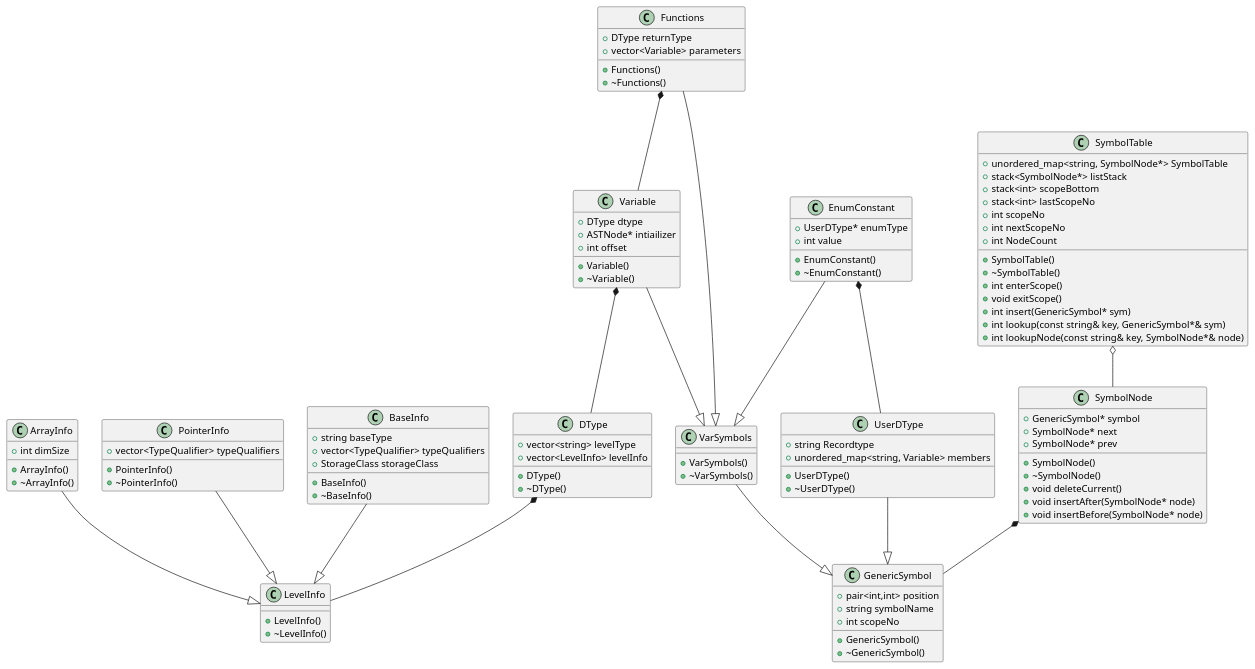
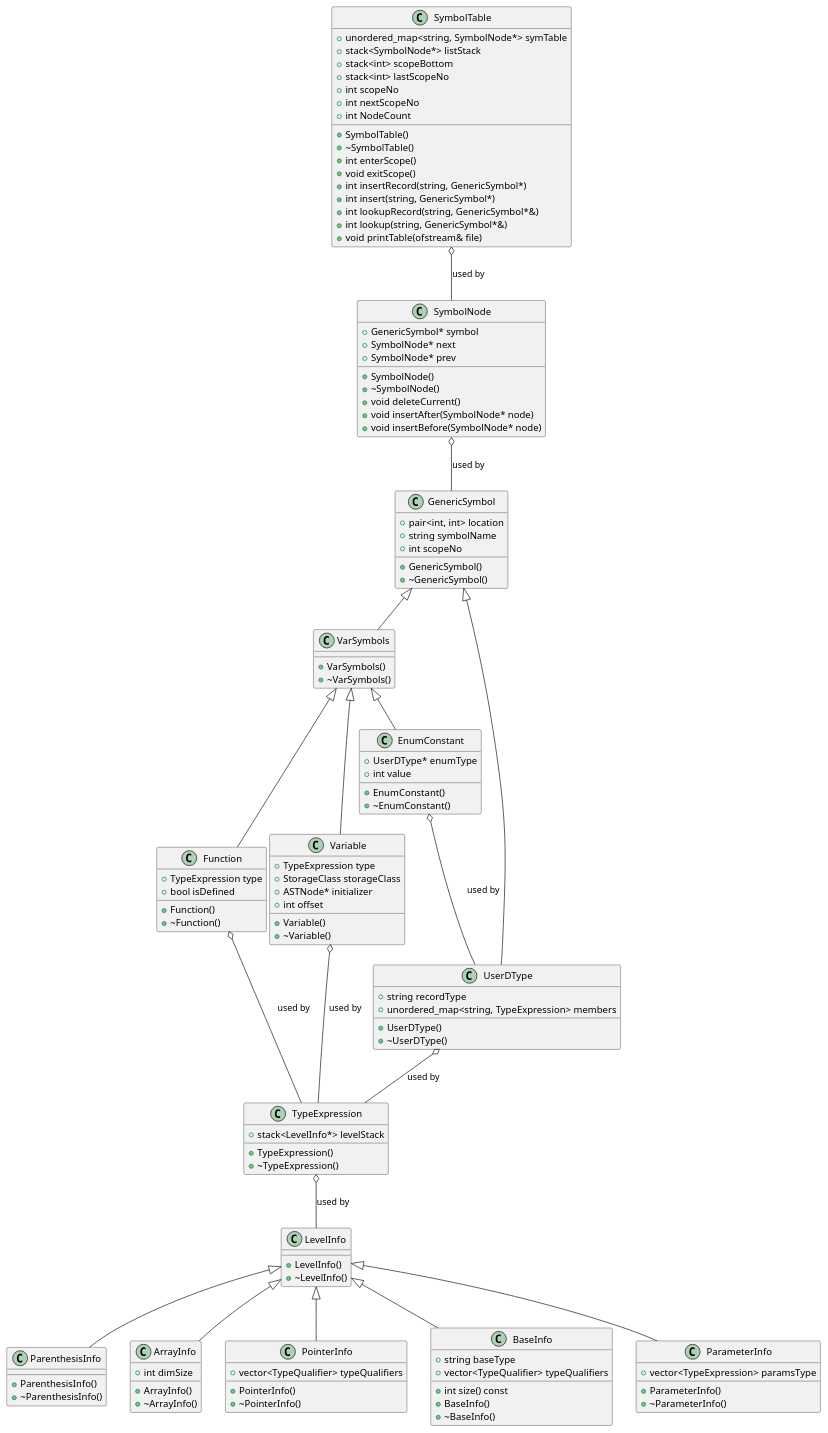
One commit to ByteSmiths-of-IITR/C2RISC-Engine changed the diagram in Stages/IRCodeGen/notes/sym.puml. Above: the diagram before and after it, drawn with PlantUML.

Commit message:
Class Digram of SymbolTable & TypeExpression

```diff
--- a/Stages/IRCodeGen/notes/sym.puml
+++ b/Stages/IRCodeGen/notes/sym.puml
@@ -1,123 +1,139 @@
 @startuml
 
-ArrayInfo --|> LevelInfo
-PointerInfo --|> LevelInfo
-BaseInfo --|> LevelInfo
-DType *-- LevelInfo
-VarSymbols --|> GenericSymbol
-Variable --|> VarSymbols
-EnumConstant --|> VarSymbols
-Functions --|> VarSymbols
-UserDType --|> GenericSymbol
+class LevelInfo {
+    +LevelInfo()
+    +~LevelInfo()
+}
 
-SymbolTable o-- SymbolNode
-SymbolNode *-- GenericSymbol
-Functions *-- Variable
-Variable *-- DType
-EnumConstant *-- UserDType
-
-class LevelInfo {
-    + LevelInfo()
-    + ~LevelInfo()
+class ParenthesisInfo {
+    +ParenthesisInfo()
+    +~ParenthesisInfo()
 }
 
 class ArrayInfo {
-    + int dimSize
-    + ArrayInfo()
-    + ~ArrayInfo()
+    +int dimSize
+    +ArrayInfo()
+    +~ArrayInfo()
 }
 
 class PointerInfo {
-    + vector<TypeQualifier> typeQualifiers
-    + PointerInfo()
-    + ~PointerInfo()
+    +vector<TypeQualifier> typeQualifiers
+    +PointerInfo()
+    +~PointerInfo()
 }
 
 class BaseInfo {
-    + string baseType
-    + vector<TypeQualifier> typeQualifiers
-    + StorageClass storageClass
-    + BaseInfo()
-    + ~BaseInfo()
+    +string baseType
+    +vector<TypeQualifier> typeQualifiers
+    +int size() const
+    +BaseInfo()
+    +~BaseInfo()
 }
 
-class DType {
-    + vector<string> levelType
-    + vector<LevelInfo> levelInfo
-    + DType()
-    + ~DType()
+class ParameterInfo {
+    +vector<TypeExpression> paramsType
+    +ParameterInfo()
+    +~ParameterInfo()
+}
+
+class TypeExpression {
+    +stack<LevelInfo*> levelStack
+    +TypeExpression()
+    +~TypeExpression()
 }
 
 class GenericSymbol {
-    + pair<int,int> position
-    + string symbolName
-    + int scopeNo
-    + GenericSymbol()
-    + ~GenericSymbol()
+    +pair<int, int> location
+    +string symbolName
+    +int scopeNo
+    +GenericSymbol()
+    +~GenericSymbol()
+}
+
+class SymbolNode {
+    +GenericSymbol* symbol
+    +SymbolNode* next
+    +SymbolNode* prev
+    +SymbolNode()
+    +~SymbolNode()
+    +void deleteCurrent()
+    +void insertAfter(SymbolNode* node)
+    +void insertBefore(SymbolNode* node)
+}
+
+class SymbolTable {
+    +unordered_map<string, SymbolNode*> symTable
+    +stack<SymbolNode*> listStack
+    +stack<int> scopeBottom
+    +stack<int> lastScopeNo
+    +int scopeNo
+    +int nextScopeNo
+    +int NodeCount
+    +SymbolTable()
+    +~SymbolTable()
+    +int enterScope()
+    +void exitScope()
+    +int insertRecord(string, GenericSymbol*)
+    +int insert(string, GenericSymbol*)
+    +int lookupRecord(string, GenericSymbol*&)
+    +int lookup(string, GenericSymbol*&)
+    +void printTable(ofstream& file)
 }
 
 class VarSymbols {
-    + VarSymbols()
-    + ~VarSymbols()
+    +VarSymbols()
+    +~VarSymbols()
 }
 
 class Variable {
-    + DType dtype
-    + ASTNode* intiailizer
-    + int offset
-    + Variable()
-    + ~Variable()
+    +TypeExpression type
+    +StorageClass storageClass
+    +ASTNode* initializer
+    +int offset
+    +Variable()
+    +~Variable()
 }
 
 class EnumConstant {
-    + UserDType* enumType
-    + int value
-    + EnumConstant()
-    + ~EnumConstant()
+    +UserDType* enumType
+    +int value
+    +EnumConstant()
+    +~EnumConstant()
 }
 
-class Functions {
-    + DType returnType
-    + vector<Variable> parameters
-    + Functions()
-    + ~Functions()
-}
-
-class SymbolNode {
-    + GenericSymbol* symbol
-    + SymbolNode* next
-    + SymbolNode* prev
-    + SymbolNode()
-    + ~SymbolNode()
-    + void deleteCurrent()
-    + void insertAfter(SymbolNode* node)
-    + void insertBefore(SymbolNode* node)
-}
-
-class SymbolTable {
-    + unordered_map<string, SymbolNode*> SymbolTable
-    + stack<SymbolNode*> listStack
-    + stack<int> scopeBottom
-    + stack<int> lastScopeNo
-    + int scopeNo
-    + int nextScopeNo
-    + int NodeCount
-    + SymbolTable()
-    + ~SymbolTable()
-    + int enterScope()
-    + void exitScope()
-    + int insert(GenericSymbol* sym)
-    + int lookup(const string& key, GenericSymbol*& sym)
-    + int lookupNode(const string& key, SymbolNode*& node)
+class Function {
+    +TypeExpression type
+    +bool isDefined
+    +Function()
+    +~Function()
 }
 
 class UserDType {
-    + string Recordtype
-    + unordered_map<string, Variable> members
-    + UserDType()
-    + ~UserDType()
+    +string recordType
+    +unordered_map<string, TypeExpression> members
+    +UserDType()
+    +~UserDType()
 }
 
+LevelInfo <|-- ParenthesisInfo
+LevelInfo <|-- ArrayInfo
+LevelInfo <|-- PointerInfo
+LevelInfo <|-- BaseInfo
+LevelInfo <|-- ParameterInfo
 
+GenericSymbol <|-- VarSymbols
+VarSymbols <|-- Variable
+VarSymbols <|-- EnumConstant
+VarSymbols <|-- Function
+GenericSymbol <|-- UserDType
+
+SymbolTable o-- SymbolNode : used by
+SymbolNode o-- GenericSymbol : used by
+
+Variable o-- TypeExpression : used by
+Function o-- TypeExpression : used by
+UserDType o-- TypeExpression : used by
+TypeExpression o-- LevelInfo : used by
+EnumConstant o-- UserDType : used by
 
 @enduml
```
